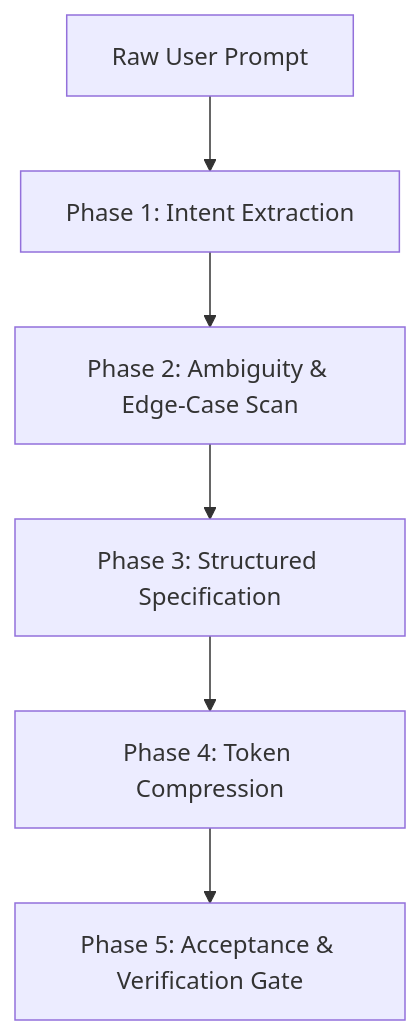
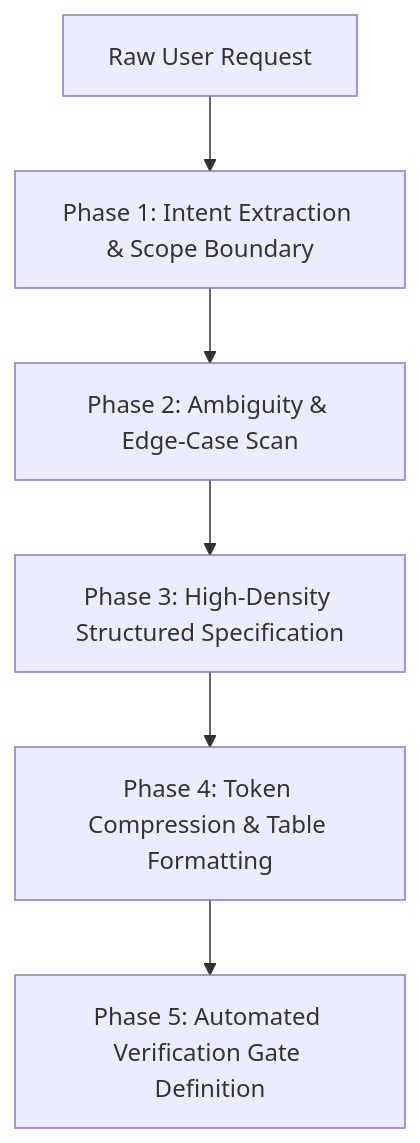
One commit to darknecrocities/SkillBuilder changed the diagram in skills/prompt-polish/SKILL.md. Above: the diagram before and after it, drawn with Mermaid. The commit also changed other lines of this file and 3 other files, not shown here.

````diff
--- a/skills/prompt-polish/SKILL.md
+++ b/skills/prompt-polish/SKILL.md
@@ -33,8 +33,8 @@
 ```mermaid
 flowchart TD
-    A["Raw User Prompt"] --> B["Phase 1: Intent Extraction"]
+    A["Raw User Request"] --> B["Phase 1: Intent Extraction & Scope Boundary"]
     B --> C["Phase 2: Ambiguity & Edge-Case Scan"]
-    C --> D["Phase 3: Structured Specification"]
-    D --> E["Phase 4: Token Compression"]
-    E --> F["Phase 5: Acceptance & Verification Gate"]
+    C --> D["Phase 3: High-Density Structured Specification"]
+    D --> E["Phase 4: Token Compression & Table Formatting"]
+    E --> F["Phase 5: Automated Verification Gate Definition"]
 ```
````
